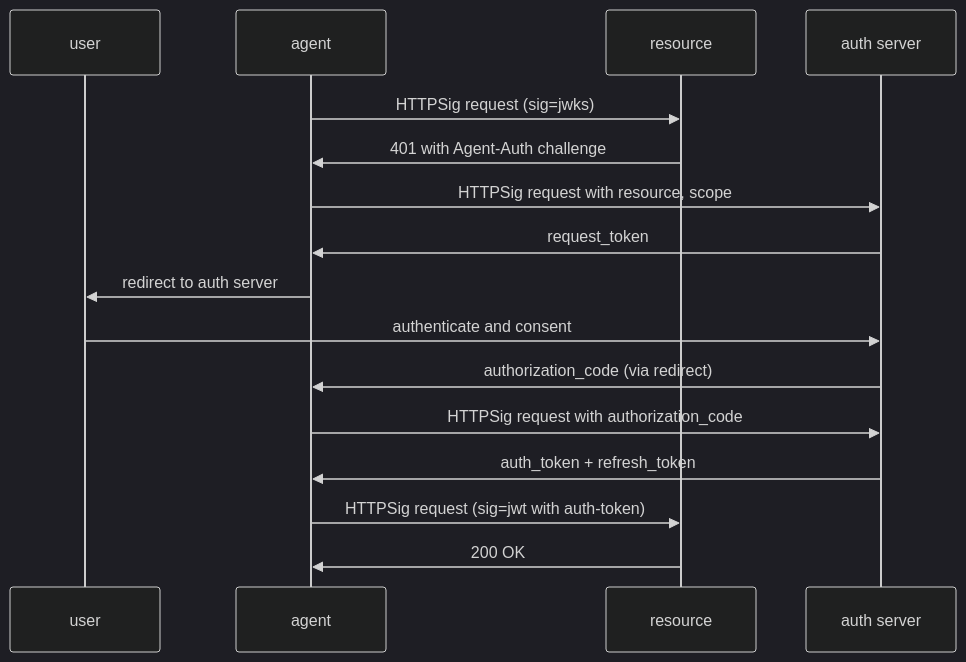
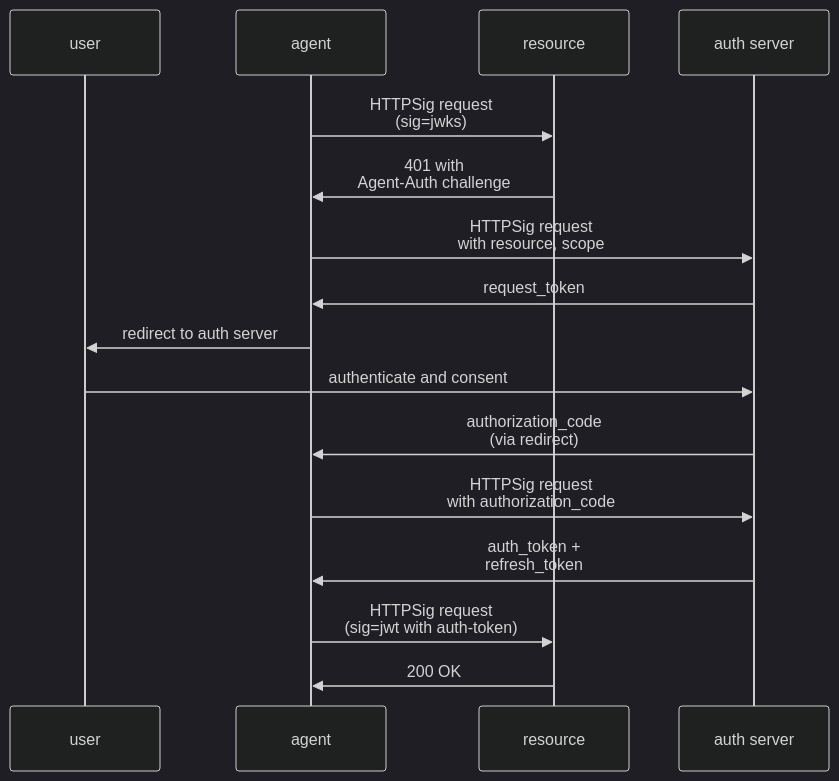
One commit to dickhardt/agent-auth changed the fifth of 9 diagrams in README.md. Above: the diagram before and after it, drawn with Mermaid (dark theme). The commit also changed other lines of this file, not shown here.

First line of the commit message:
Add line breaks to all mermaid diagrams for better readability

````diff
--- a/README.md
+++ b/README.md
@@ -248,23 +248,23 @@
 ```mermaid
 sequenceDiagram
     participant User as user
     participant Agent as agent
     participant Resource as resource
     participant Auth as auth server
 
-    Agent->>Resource: HTTPSig request (sig=jwks)
-    Resource->>Agent: 401 with Agent-Auth challenge
+    Agent->>Resource: HTTPSig request<br/>(sig=jwks)
+    Resource->>Agent: 401 with<br/>Agent-Auth challenge
 
-    Agent->>Auth: HTTPSig request with resource, scope
+    Agent->>Auth: HTTPSig request<br/>with resource, scope
     Auth->>Agent: request_token
 
     Agent->>User: redirect to auth server
     User->>Auth: authenticate and consent
-    Auth->>Agent: authorization_code (via redirect)
+    Auth->>Agent: authorization_code<br/>(via redirect)
 
-    Agent->>Auth: HTTPSig request with authorization_code
-    Auth->>Agent: auth_token + refresh_token
+    Agent->>Auth: HTTPSig request<br/>with authorization_code
+    Auth->>Agent: auth_token +<br/>refresh_token
 
-    Agent->>Resource: HTTPSig request (sig=jwt with auth-token)
+    Agent->>Resource: HTTPSig request<br/>(sig=jwt with auth-token)
     Resource->>Agent: 200 OK
 ```
````
